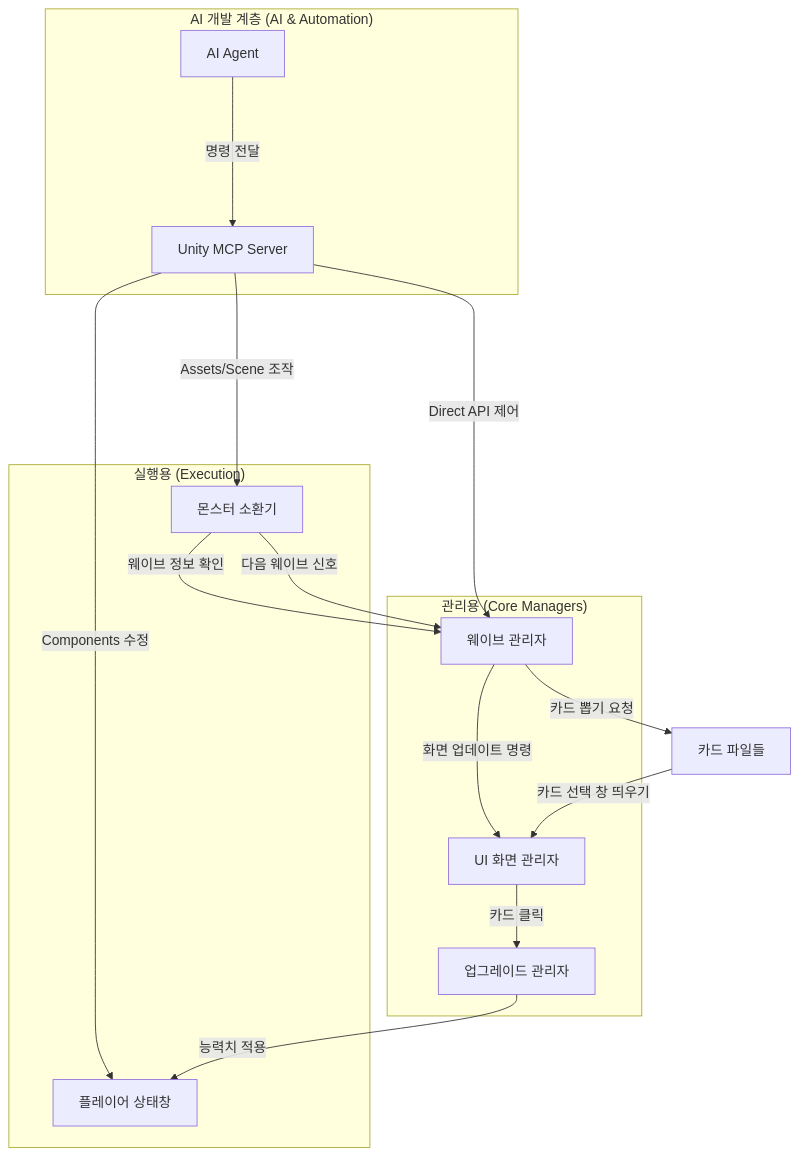
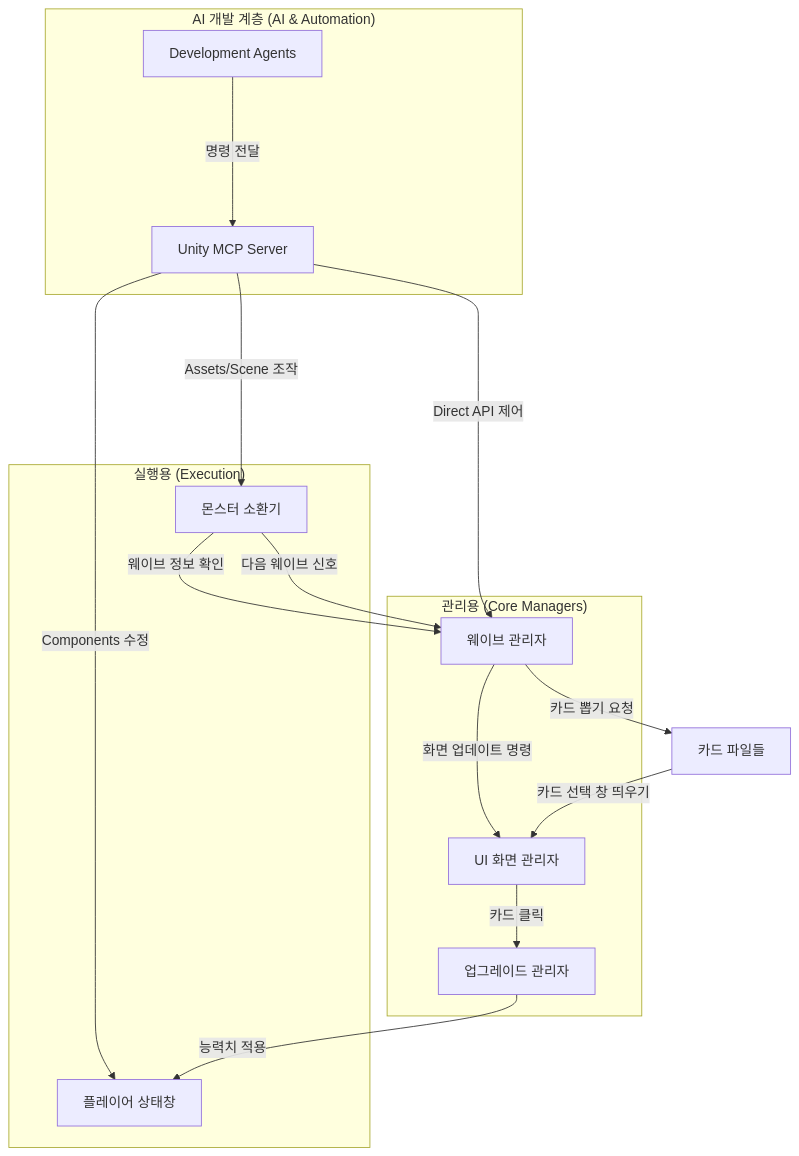
The diagram in directives/Architecture/architecture.md (pdjack/PJ_1), drawn with Mermaid before and after one commit. The commit also changed other lines of this file and 4 other files, not shown here.

````diff
--- a/directives/Architecture/architecture.md
+++ b/directives/Architecture/architecture.md
@@ -32,32 +32,32 @@
 ```mermaid
 graph TD
     subgraph "AI 개발 계층 (AI & Automation)"
-        AA[AI Agent]
+        AA[Development Agents]
         MCP[Unity MCP Server]
     end
 
     subgraph "관리용 (Core Managers)"
         WM[웨이브 관리자]
         UM[UI 화면 관리자]
         UpM[업그레이드 관리자]
     end
 
     subgraph "실행용 (Execution)"
         MS[몬스터 소환기]
         PS[플레이어 상태창]
     end
 
     %% AI 연동 흐름
     AA ---->|명령 전달| MCP
     MCP ---->|Direct API 제어| WM
     MCP ---->|Assets/Scene 조작| MS
     MCP ---->|Components 수정| PS
 
     MS -->|웨이브 정보 확인| WM
     WM -->|화면 업데이트 명령| UM
     WM -->|카드 뽑기 요청| CM[카드 파일들]
     CM -->|카드 선택 창 띄우기| UM
     UM -->|카드 클릭| UpM
     UpM -->|능력치 적용| PS
     MS -->|다음 웨이브 신호| WM
 ```
````
